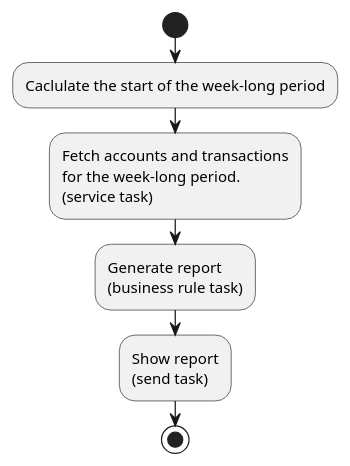
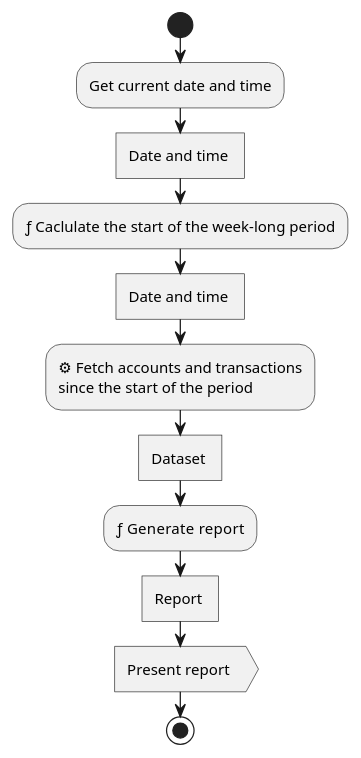
One commit to hristo-stefanov/MiniBankingDemo changed the diagram in diagrams/Present Accounts and RoundUps Activity Diagram.puml. Above: the diagram before and after it, drawn with PlantUML. The commit also changed 1 other file, not shown here.

```diff
--- a/diagrams/Present Accounts and RoundUps Activity Diagram.puml
+++ b/diagrams/Present Accounts and RoundUps Activity Diagram.puml
@@ -1,16 +1,21 @@
 @startuml
 'https://plantuml.com/activity-diagram-beta
 
 |app|
 start
-:Caclulate the start of the week-long period;
-:Fetch accounts and transactions
-for the week-long period.
-(service task);
-:Generate report
-(business rule task);
-:Show report
-(send task);
+:Get current date and time;
+:Date and time ]
+'<<businessRule>>
+:ƒ Caclulate the start of the week-long period;
+:Date and time ]
+'<<serviceCall>>
+:⚙ Fetch accounts and transactions
+since the start of the period;
+:Dataset ]
+'<<businessRule>>
+:ƒ  Generate report;
+:Report ]
+:Present report >
 stop
 
 @enduml
```
